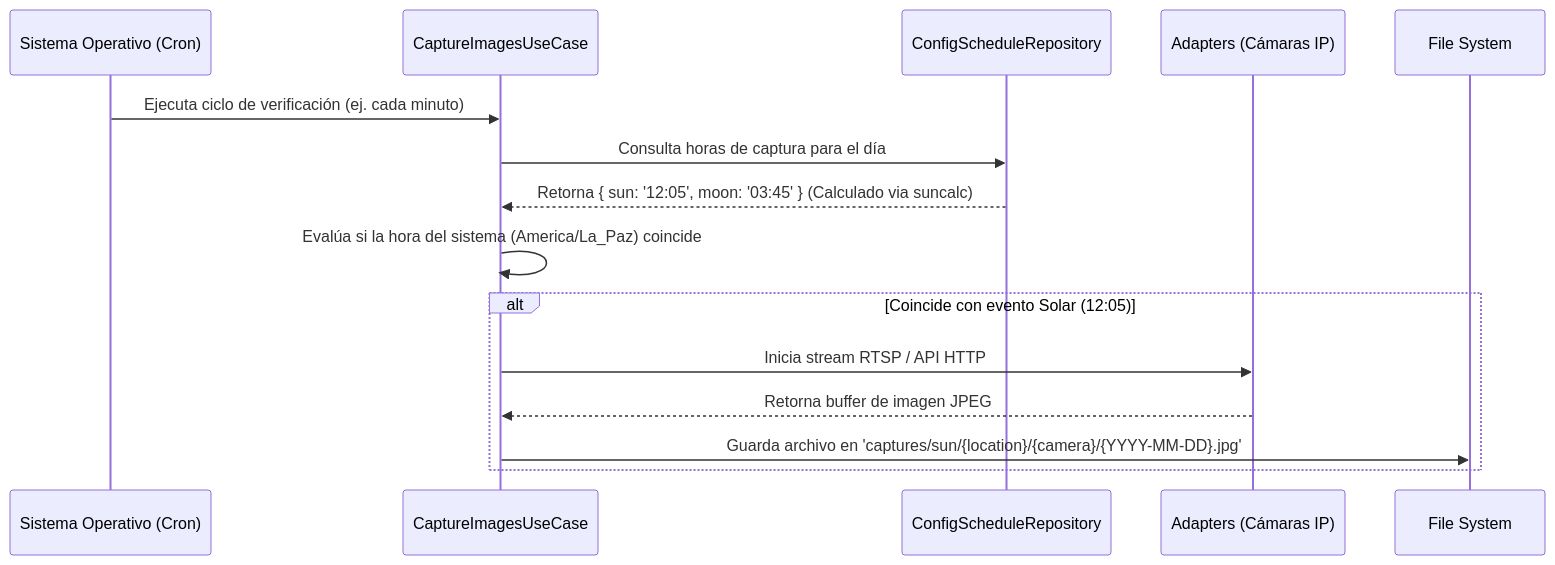
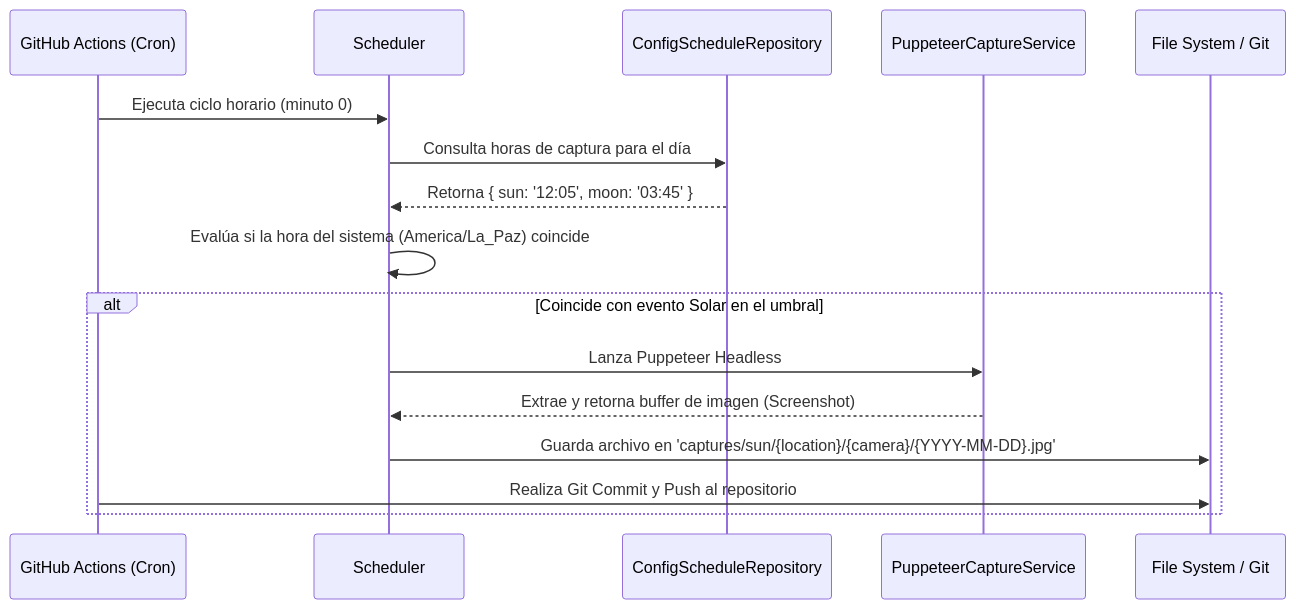
The diagram in README.md (gitchaell/analema), drawn with Mermaid before and after one commit. The commit also changed other lines of this file, not shown here.

First line of the commit message:
docs: fix README architecture description and remove emojis

````diff
--- a/README.md
+++ b/README.md
@@ -40,19 +40,20 @@
 ```mermaid
 sequenceDiagram
-    participant OS as Sistema Operativo (Cron)
-    participant App as CaptureImagesUseCase
+    participant GH as GitHub Actions (Cron)
+    participant App as Scheduler
     participant Repo as ConfigScheduleRepository
-    participant Cam as Adapters (Cámaras IP)
-    participant FS as File System
+    participant Cam as PuppeteerCaptureService
+    participant FS as File System / Git
 
-    OS->>App: Ejecuta ciclo de verificación (ej. cada minuto)
+    GH->>App: Ejecuta ciclo horario (minuto 0)
     App->>Repo: Consulta horas de captura para el día
-    Repo-->>App: Retorna { sun: '12:05', moon: '03:45' } (Calculado via suncalc)
+    Repo-->>App: Retorna { sun: '12:05', moon: '03:45' }
     App->>App: Evalúa si la hora del sistema (America/La_Paz) coincide
 
-    alt Coincide con evento Solar (12:05)
-        App->>Cam: Inicia stream RTSP / API HTTP
-        Cam-->>App: Retorna buffer de imagen JPEG
+    alt Coincide con evento Solar en el umbral
+        App->>Cam: Lanza Puppeteer Headless
+        Cam-->>App: Extrae y retorna buffer de imagen (Screenshot)
         App->>FS: Guarda archivo en 'captures/sun/{location}/{camera}/{YYYY-MM-DD}.jpg'
+        GH->>FS: Realiza Git Commit y Push al repositorio
     end
 ```
````
